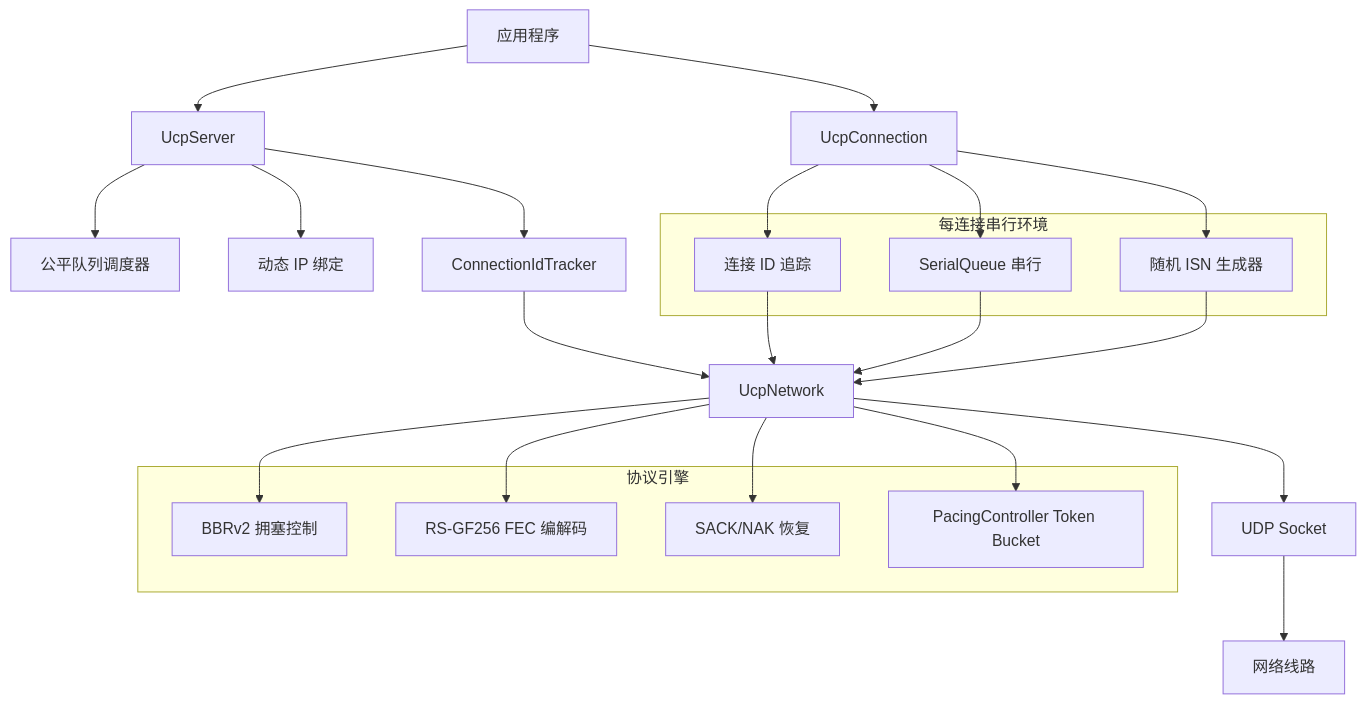
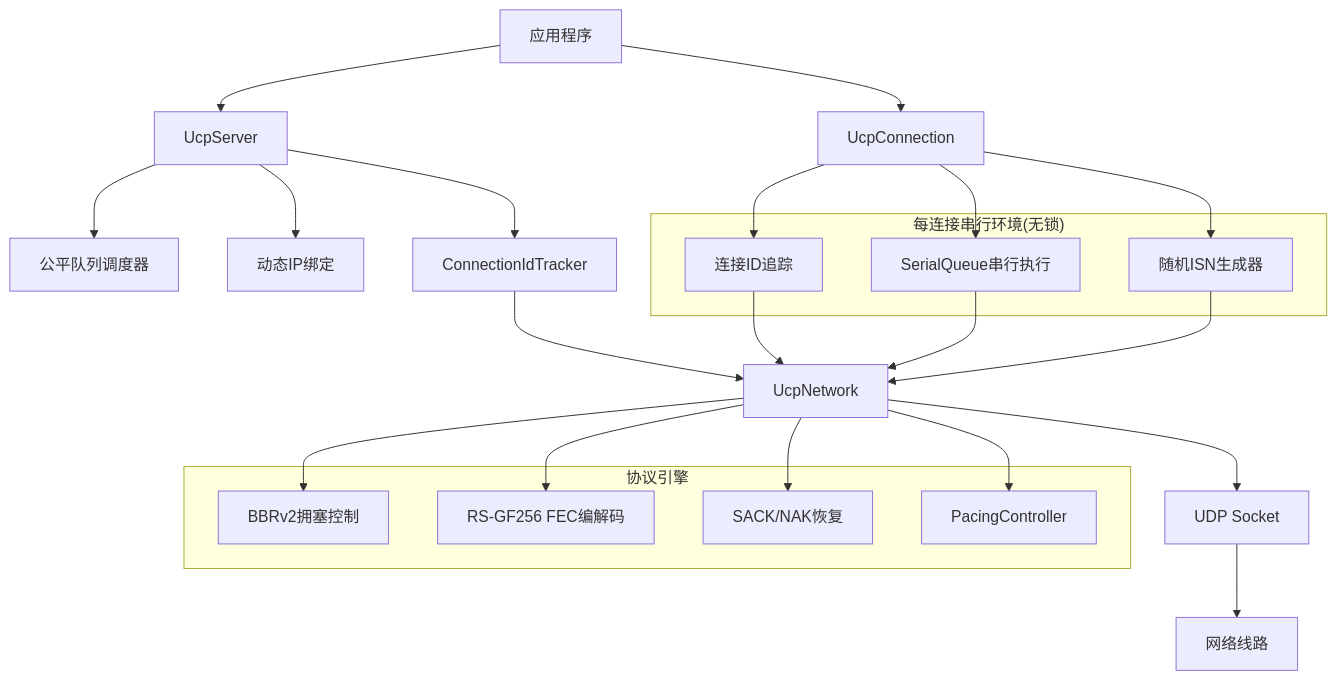
Before and after one commit to liulilittle/ucp: the tenth of 11 diagrams in docs/index_CN.md, drawn with Mermaid. The commit also changed other lines of this file and 43 other files, not shown here.

````diff
--- a/docs/index_CN.md
+++ b/docs/index_CN.md
@@ -137,34 +403,34 @@
 ```mermaid
 flowchart TD
-    App[应用程序] --> Server[UcpServer]
-    App --> Client[UcpConnection]
-    Server --> FQ[公平队列调度器]
-    Server --> Bind[动态 IP 绑定]
-    Server --> ConnIdSvr[ConnectionIdTracker]
-    Client --> ConnId[连接 ID 追踪]
-    Client --> SerialQ[SerialQueue 串行]
-    Client --> ISN[随机 ISN 生成器]
-    ConnId --> Net[UcpNetwork]
+    App["应用程序"] --> Server["UcpServer"]
+    App --> Client["UcpConnection"]
+    Server --> FQ["公平队列调度器"]
+    Server --> Bind["动态IP绑定"]
+    Server --> ConnIdSvr["ConnectionIdTracker"]
+    Client --> ConnId["连接ID追踪"]
+    Client --> SerialQ["SerialQueue串行执行"]
+    Client --> ISN["随机ISN生成器"]
+    ConnId --> Net["UcpNetwork"]
     ConnIdSvr --> Net
     SerialQ --> Net
     ISN --> Net
-    Net --> BBRv2[BBRv2 拥塞控制]
-    Net --> FEC[RS-GF256 FEC 编解码]
-    Net --> SACKNAK[SACK/NAK 恢复]
-    Net --> Pacing[PacingController Token Bucket]
-    Net --> Socket[UDP Socket]
-    Socket --> Wire[网络线路]
-
-    subgraph "每连接串行环境"
+    Net --> BBRv2["BBRv2拥塞控制"]
+    Net --> FEC["RS-GF256 FEC编解码"]
+    Net --> SACKNAK["SACK/NAK恢复"]
+    Net --> Pacing["PacingController"]
+    Net --> Socket["UDP Socket"]
+    Socket --> Wire["网络线路"]
+    
+    subgraph Strand["每连接串行环境(无锁)"]
         SerialQ
         ConnId
         ISN
     end
-
-    subgraph "协议引擎"
+    
+    subgraph Engine["协议引擎"]
         BBRv2
         FEC
         SACKNAK
         Pacing
     end
 ```
````
